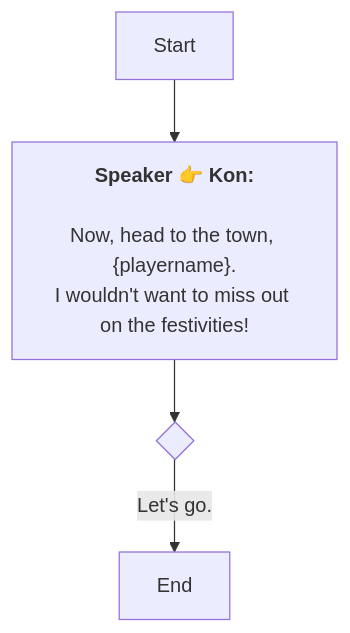
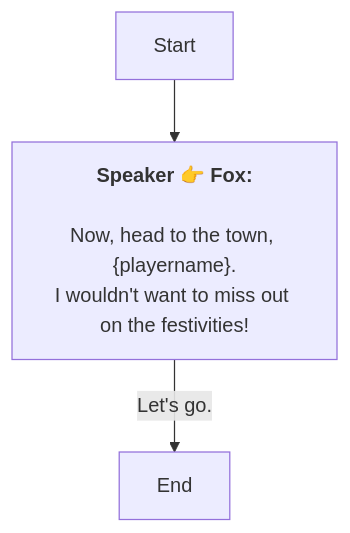
The diagram in En/QuestStartTalkENode_1751268604084548.md (SoftHu/tos_avg), drawn with Mermaid before and after one commit. The commit also changed 737 other files, not shown here.

````diff
--- a/En/QuestStartTalkENode_1751268604084548.md
+++ b/En/QuestStartTalkENode_1751268604084548.md
@@ -1,10 +1,8 @@
 ```mermaid
 graph
-Start -->1751269141410120[<b>Speaker 👉 Kon:</b>
+Start -->1751269141410120[<b>Speaker 👉 Fox:</b>
+\nNow, head to the town, &lbrace;playername&rbrace;.
+I wouldn't want to miss out on the festivities!]
+1751269141410120 -->|Let's go.|1751269208186190[End]
 
-Now, head to the town, &lbrace;playername&rbrace;.
-I wouldn't want to miss out on the festivities!]
-1751269141410120 -->1751269191557449{ }
-1751269191557449 -->|Let's go.|1751269208186190[End]
-
- ```
+```
````
